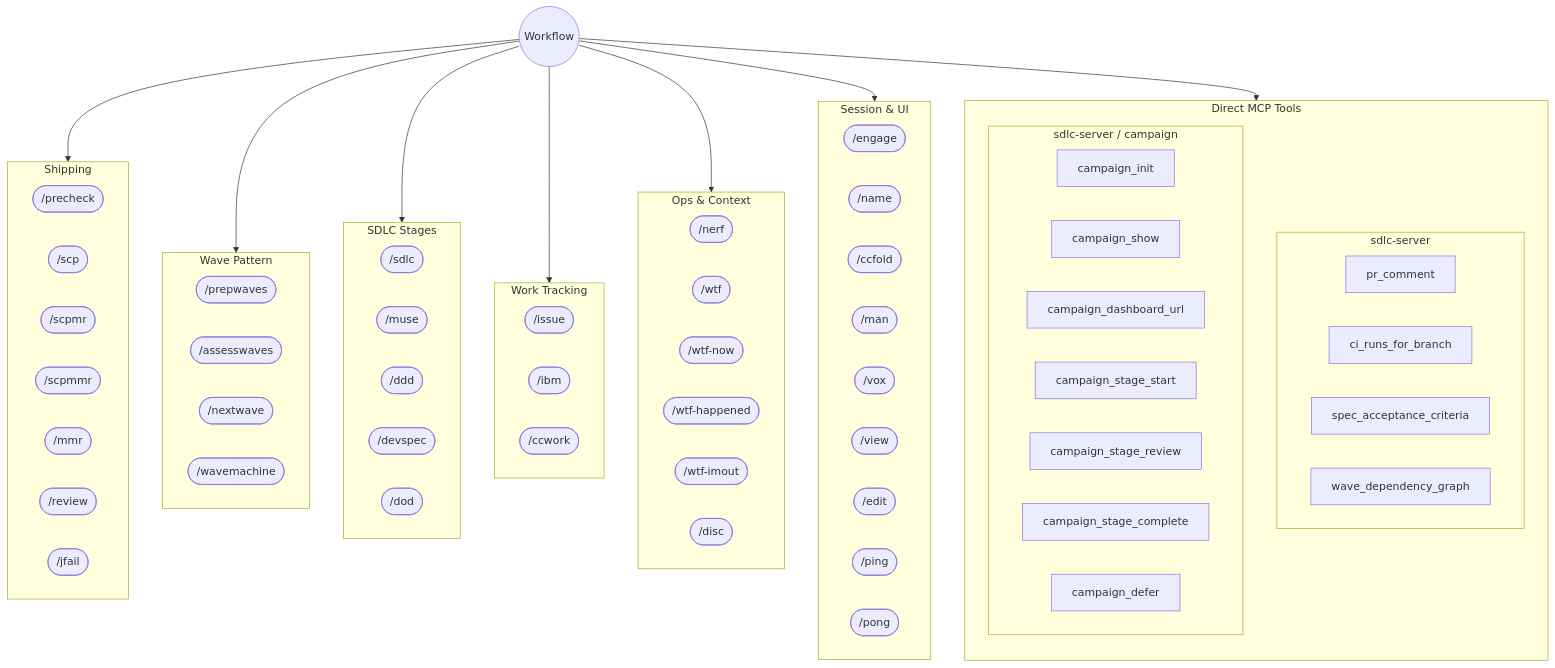
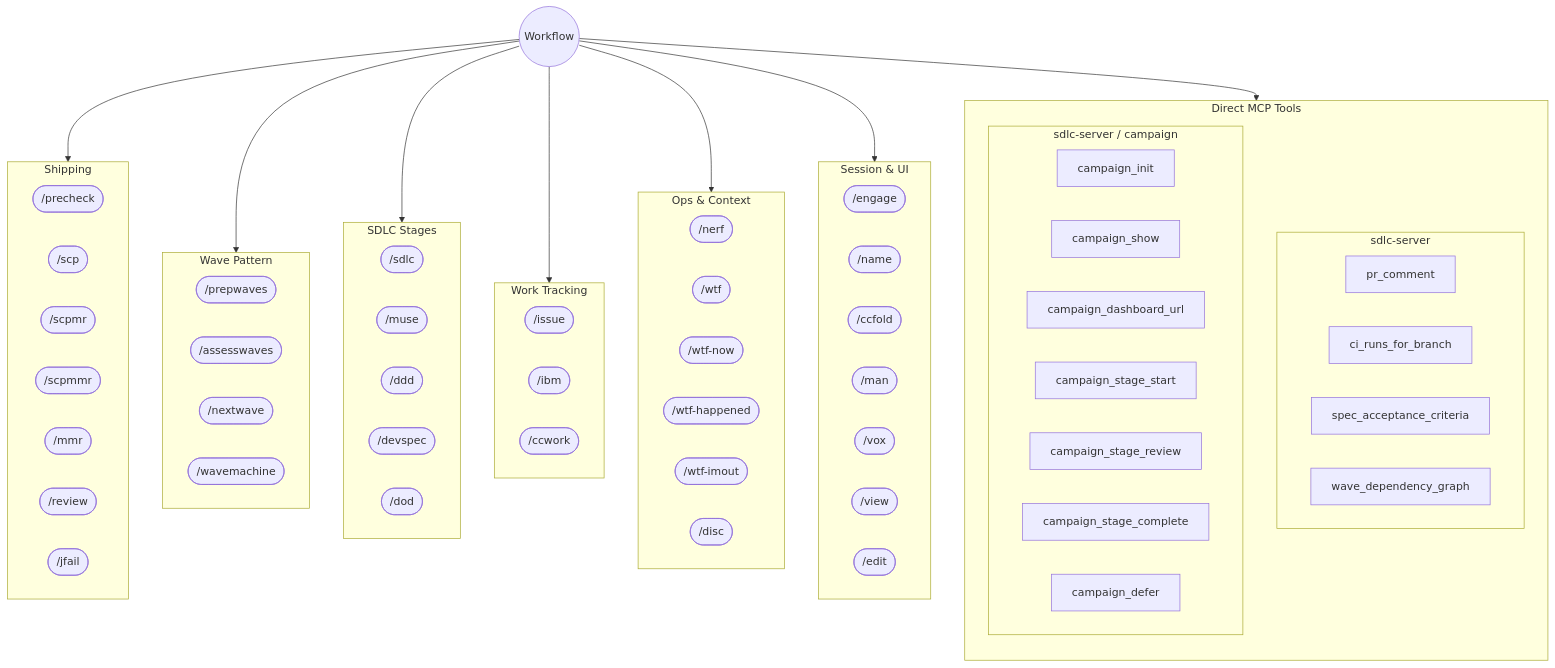
The diagram in docs/tool-skill-map.md (Wave-Engineering/claudecode-workflow), drawn with Mermaid before and after one commit. The commit also changed other lines of this file and 24 other files, not shown here.

```diff
--- a/docs/tool-skill-map.md
+++ b/docs/tool-skill-map.md
@@ -61,8 +61,6 @@
     vox([/vox])
     view([/view])
     edit([/edit])
-    ping([/ping])
-    pong([/pong])
   end
 
   root --> direct
```
